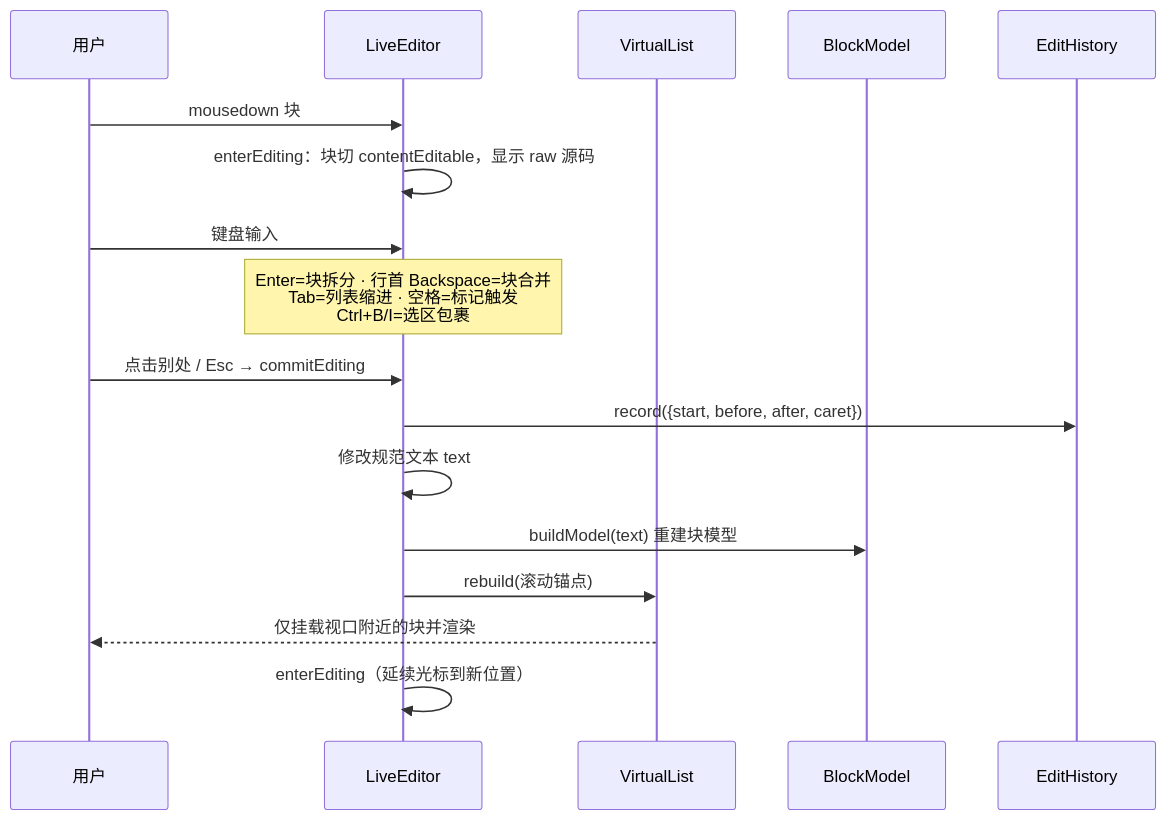
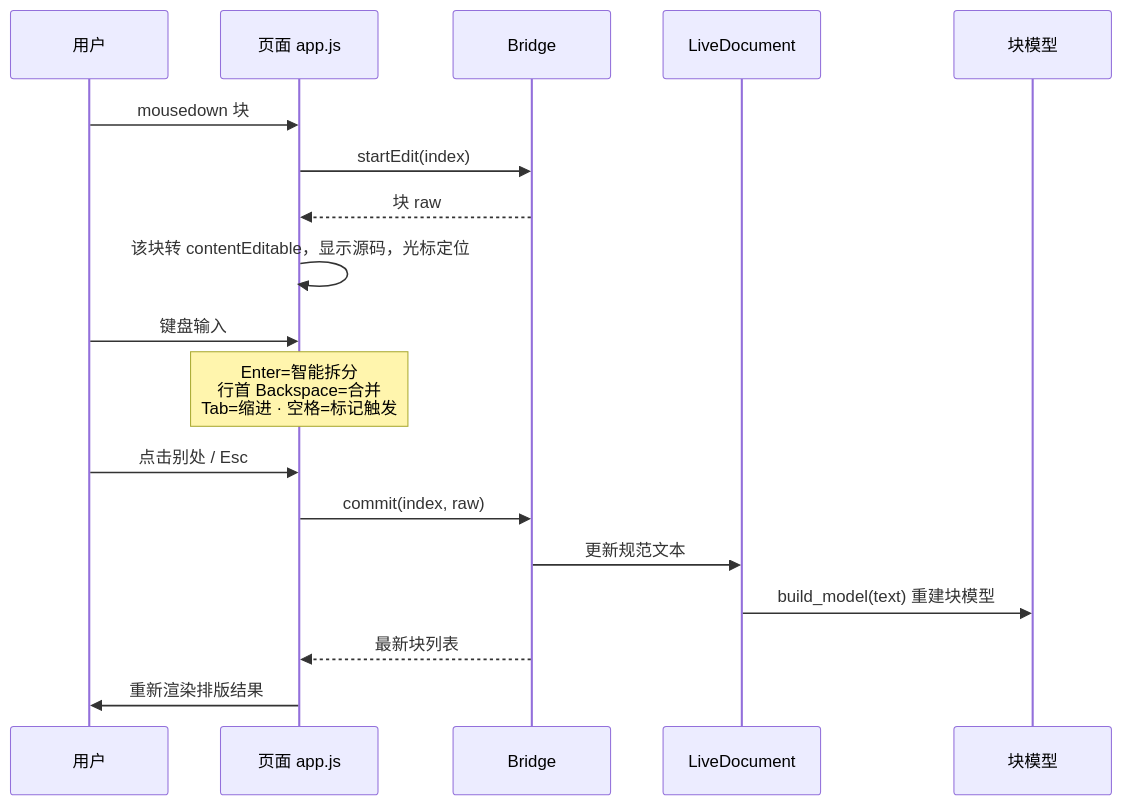
The fourth of 4 diagrams in docs/architecture.md (Wjkstra/md_tools), drawn with Mermaid before and after one commit. The commit also changed other lines of this file and 156 other files, not shown here.

````diff
--- a/docs/architecture.md
+++ b/docs/architecture.md
@@ -180,20 +192,21 @@
 ```mermaid
 sequenceDiagram
   participant U as 用户
-  participant L as LiveEditor
-  participant V as VirtualList
-  participant M as BlockModel
-  participant H as EditHistory
+  participant J as 页面 app.js
+  participant B as Bridge
+  participant D as LiveDocument
+  participant M as 块模型
 
-  U->>L: mousedown 块
-  L->>L: enterEditing：块切 contentEditable，显示 raw 源码
-  U->>L: 键盘输入
-  Note over L: Enter=块拆分 · 行首 Backspace=块合并<br/>Tab=列表缩进 · 空格=标记触发<br/>Ctrl+B/I=选区包裹
-  U->>L: 点击别处 / Esc → commitEditing
-  L->>H: record({start, before, after, caret})
-  L->>L: 修改规范文本 text
-  L->>M: buildModel(text) 重建块模型
-  L->>V: rebuild(滚动锚点)
-  V-->>U: 仅挂载视口附近的块并渲染
-  L->>L: enterEditing（延续光标到新位置）
+  U->>J: mousedown 块
+  J->>B: startEdit(index)
+  B-->>J: 块 raw
+  J->>J: 该块转 contentEditable，显示源码，光标定位
+  U->>J: 键盘输入
+  Note over J: Enter=智能拆分<br/>行首 Backspace=合并<br/>Tab=缩进 · 空格=标记触发
+  U->>J: 点击别处 / Esc
+  J->>B: commit(index, raw)
+  B->>D: 更新规范文本
+  D->>M: build_model(text) 重建块模型
+  B-->>J: 最新块列表
+  J->>U: 重新渲染排版结果
 ```
````
